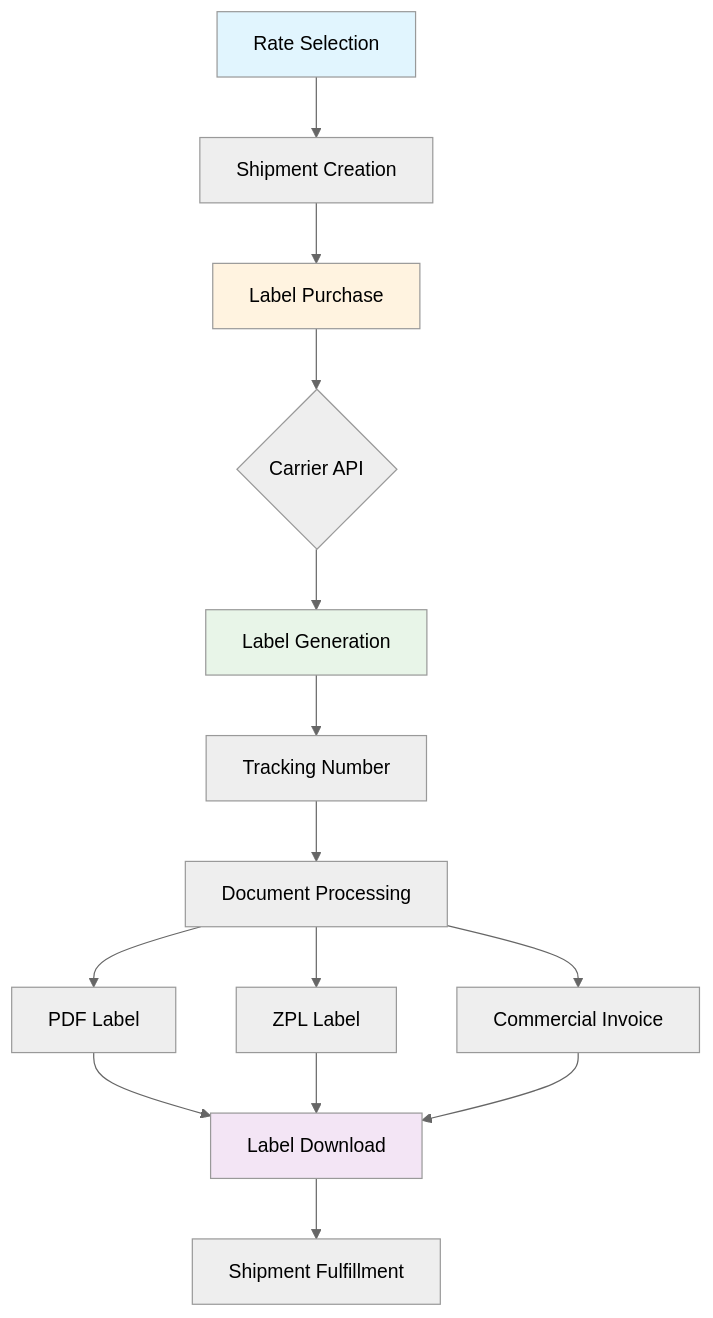
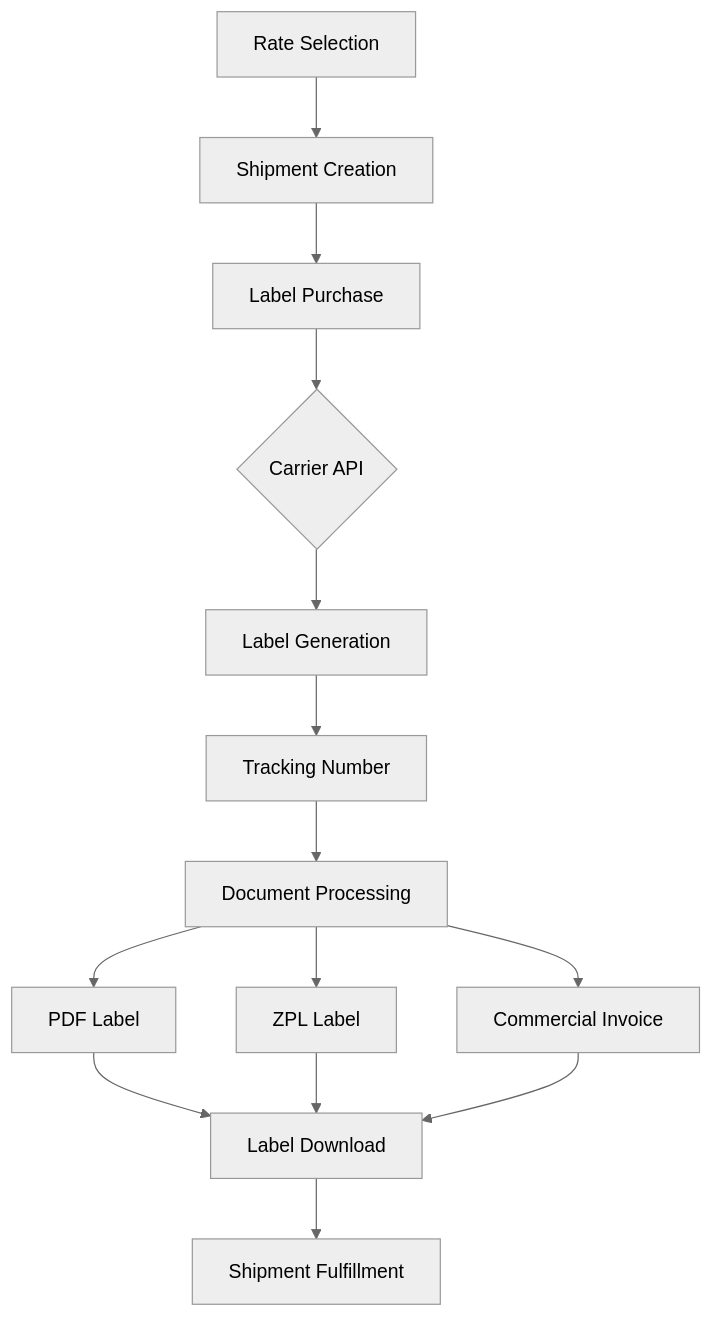
Before and after one commit to karrioapi/karrio: the diagram in apps/web/src/app/docs/products/shipments/label-generation/page.mdx, drawn with Mermaid (neutral theme). The commit also changed 34 other files, not shown here.

````diff
--- a/apps/web/src/app/docs/products/shipments/label-generation/page.mdx
+++ b/apps/web/src/app/docs/products/shipments/label-generation/page.mdx
@@ -32,25 +32,22 @@
 ```mermaid
 flowchart TD
     A[Rate Selection] --> B[Shipment Creation]
     B --> C[Label Purchase]
     C --> D{Carrier API}
 
     D --> E[Label Generation]
     E --> F[Tracking Number]
     F --> G[Document Processing]
 
     G --> H[PDF Label]
     G --> I[ZPL Label]
     G --> J[Commercial Invoice]
 
     H --> K[Label Download]
     I --> K
     J --> K
 
     K --> L[Shipment Fulfillment]
 
-    style A fill:#e1f5fe
-    style C fill:#fff3e0
-    style E fill:#e8f5e8
-    style K fill:#f3e5f5
+    
 ```
````
